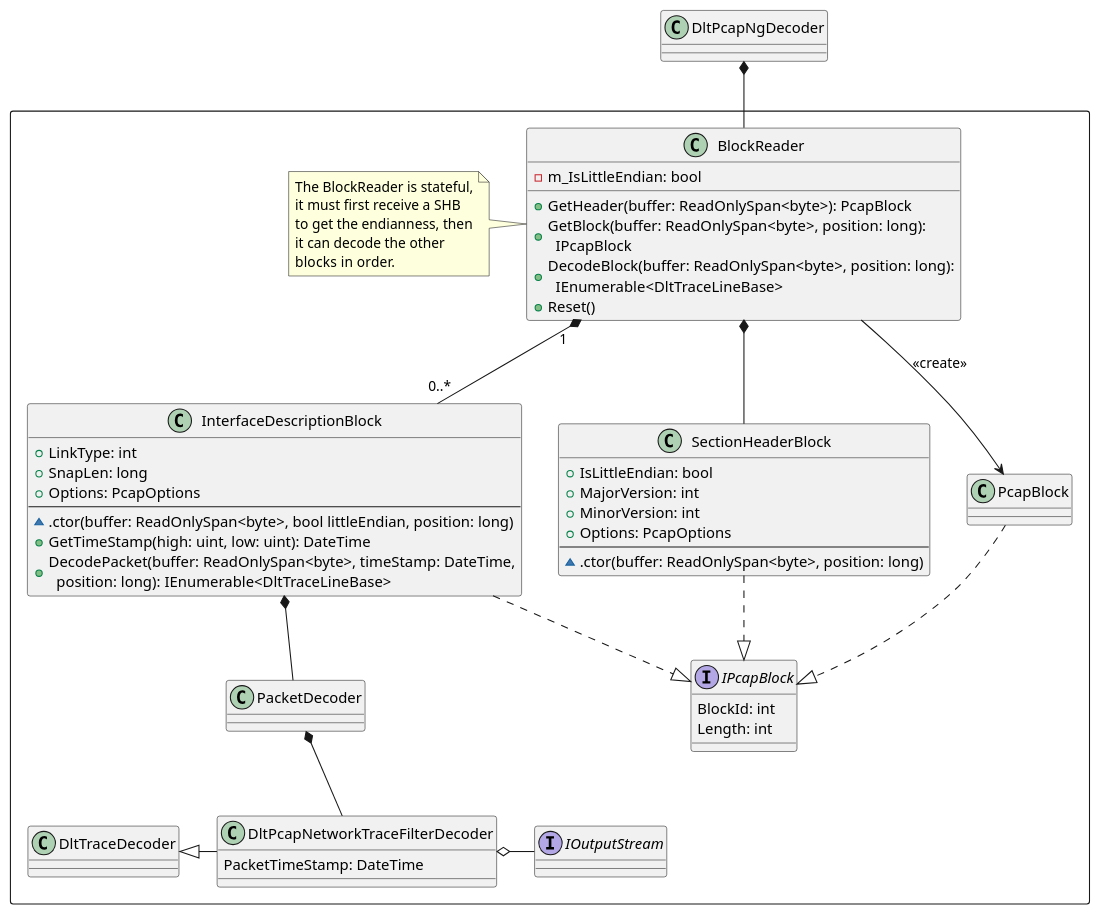
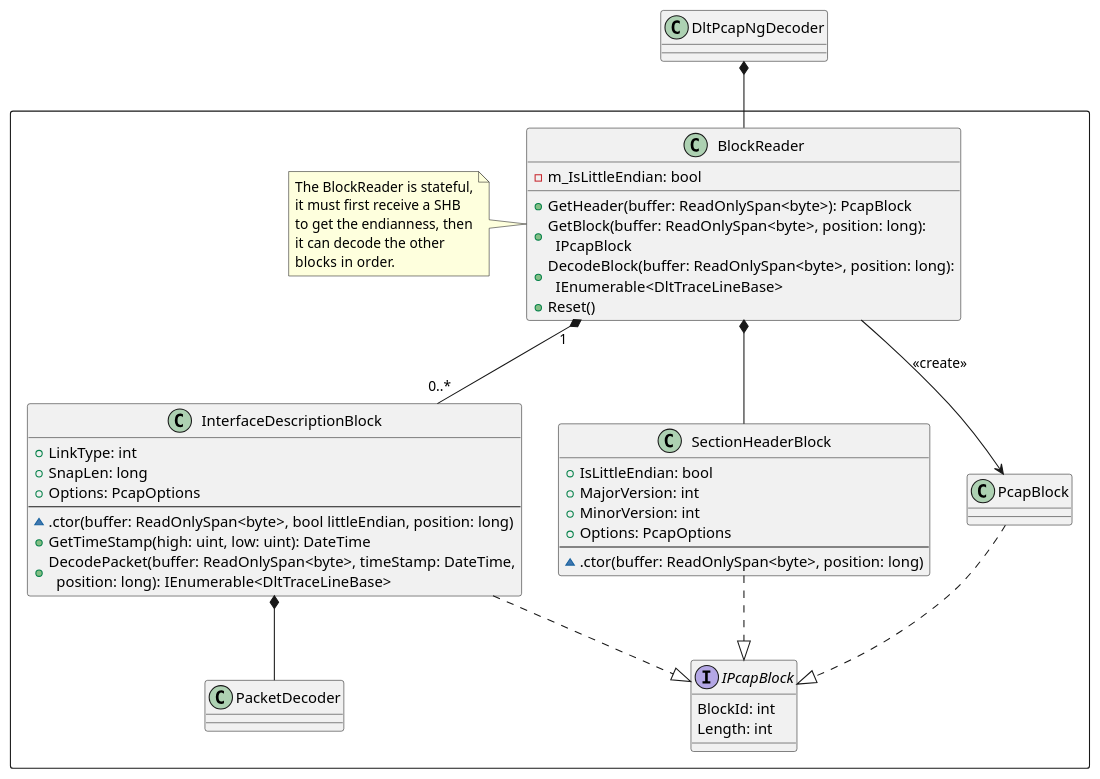
One commit to jcurl/RJCP.DLL.Log changed the diagram in apps/DltDump/docs/diagrams/dltpcapngtracedecoder.plantuml. Above: the diagram before and after it, drawn with PlantUML. The commit also changed 6 other files, not shown here.

```diff
--- a/apps/DltDump/docs/diagrams/dltpcapngtracedecoder.plantuml
+++ b/apps/DltDump/docs/diagrams/dltpcapngtracedecoder.plantuml
@@ -1,70 +1,59 @@
 @startuml DltPcapNgTraceDecoder
 
 class DltPcapNgDecoder
 
 rectangle {
     interface IPcapBlock {
         BlockId: int
         Length: int
     }
 
     class BlockReader {
         -m_IsLittleEndian: bool
         +GetHeader(buffer: ReadOnlySpan<byte>): PcapBlock
         +GetBlock(buffer: ReadOnlySpan<byte>, position: long):\n  IPcapBlock
         +DecodeBlock(buffer: ReadOnlySpan<byte>, position: long):\n  IEnumerable<DltTraceLineBase>
         +Reset()
     }
     note left {
         The BlockReader is stateful,
         it must first receive a SHB
         to get the endianness, then
         it can decode the other
         blocks in order.
     }
 
     class PcapBlock
     BlockReader -d-> PcapBlock : <<create>>
     IPcapBlock <|.u. PcapBlock
 
     class SectionHeaderBlock {
         +IsLittleEndian: bool
         +MajorVersion: int
         +MinorVersion: int
         +Options: PcapOptions
         --
         ~.ctor(buffer: ReadOnlySpan<byte>, position: long)
     }
     BlockReader *-d- SectionHeaderBlock
     IPcapBlock <|.u. SectionHeaderBlock
 
     class InterfaceDescriptionBlock {
         +LinkType: int
         +SnapLen: long
         +Options: PcapOptions
         --
         ~.ctor(buffer: ReadOnlySpan<byte>, bool littleEndian, position: long)
         +GetTimeStamp(high: uint, low: uint): DateTime
         +DecodePacket(buffer: ReadOnlySpan<byte>, timeStamp: DateTime,\n  position: long): IEnumerable<DltTraceLineBase>
     }
     BlockReader "1" *-d- "0..*" InterfaceDescriptionBlock
     IPcapBlock <|.u. InterfaceDescriptionBlock
 
     class PacketDecoder
     InterfaceDescriptionBlock *-d- PacketDecoder
-
-    class DltPcapNetworkTraceFilterDecoder {
-        PacketTimeStamp: DateTime
-    }
-    PacketDecoder *-d- DltPcapNetworkTraceFilterDecoder
-
-    class DltTraceDecoder
-    DltPcapNetworkTraceFilterDecoder -l-|> DltTraceDecoder
-
-    interface IOutputStream
-    DltPcapNetworkTraceFilterDecoder o-r- IOutputStream
 }
 
 DltPcapNgDecoder *-d- BlockReader
 
 @enduml
```
